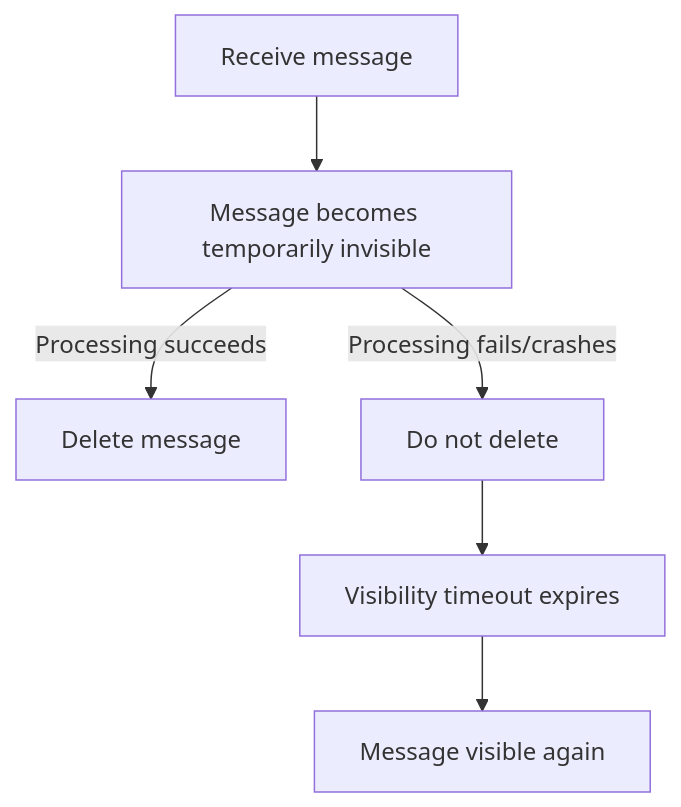
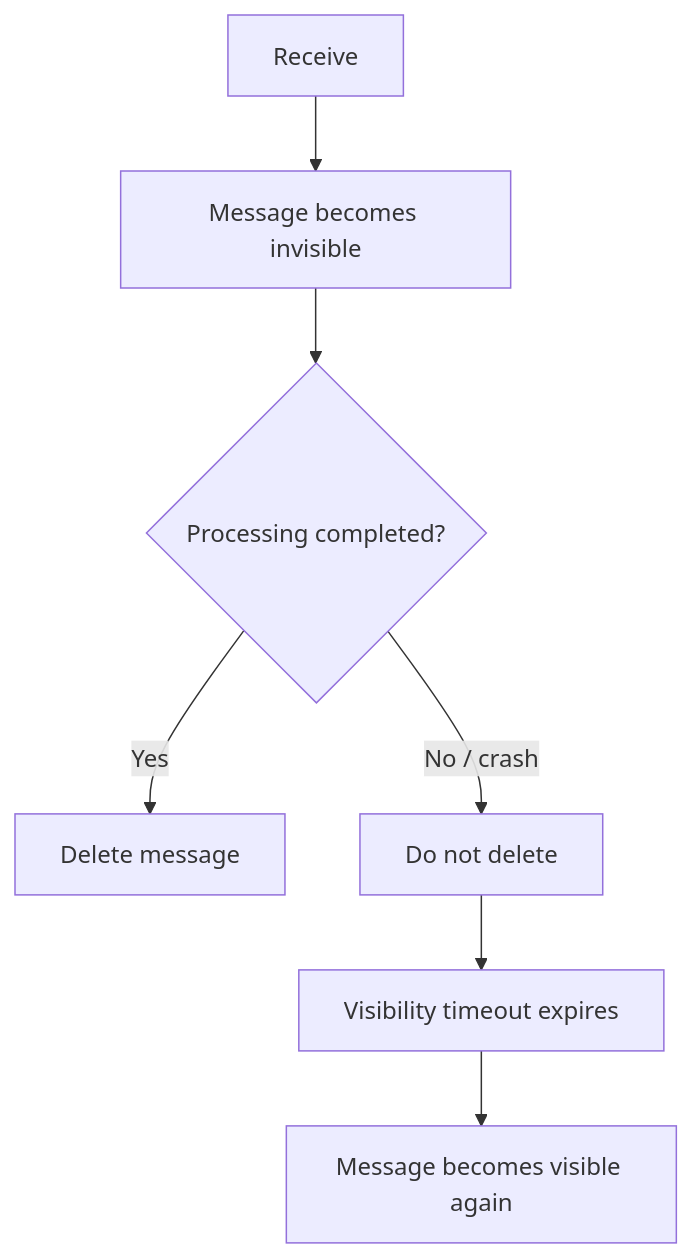
One commit to AvadhBhalodiya/Interview-Preparation changed the third of 7 diagrams in src/content/task-processing/retries-dead-letter-queues.md. Above: the diagram before and after it, drawn with Mermaid. The commit also changed other lines of this file and 80 other files, not shown here.

````diff
--- a/src/content/task-processing/retries-dead-letter-queues.md
+++ b/src/content/task-processing/retries-dead-letter-queues.md
@@ -508,8 +365,11 @@
 ```mermaid
 flowchart TD
-    R[Receive message] --> I[Message becomes temporarily invisible]
-    I -->|Processing succeeds| D[Delete message]
-    I -->|"Processing fails/crashes"| N[Do not delete]
-    N --> V[Visibility timeout expires]
-    V --> A[Message visible again]
+    A[Receive] --> B[Message becomes invisible]
+    B --> C{Processing completed?}
+
+    C -->|Yes| D[Delete message]
+    C -->|No / crash| E[Do not delete]
+
+    E --> F[Visibility timeout expires]
+    F --> G[Message becomes visible again]
 ```
````
